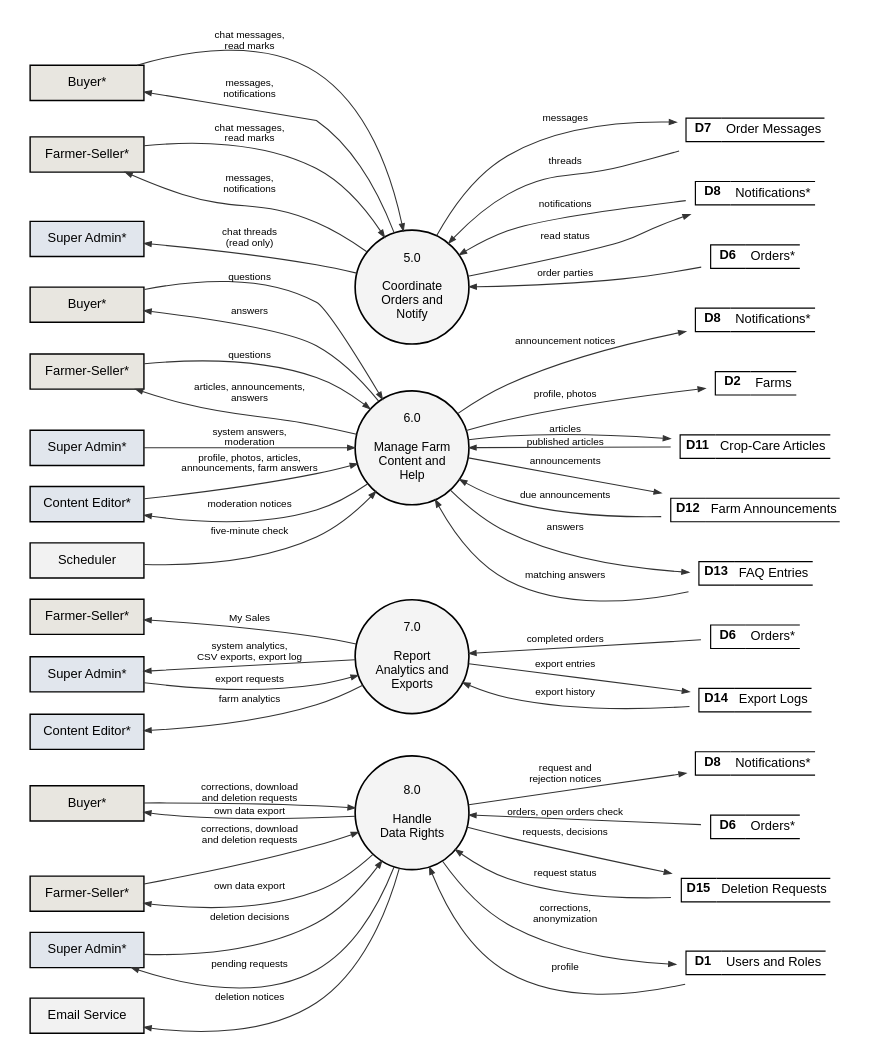
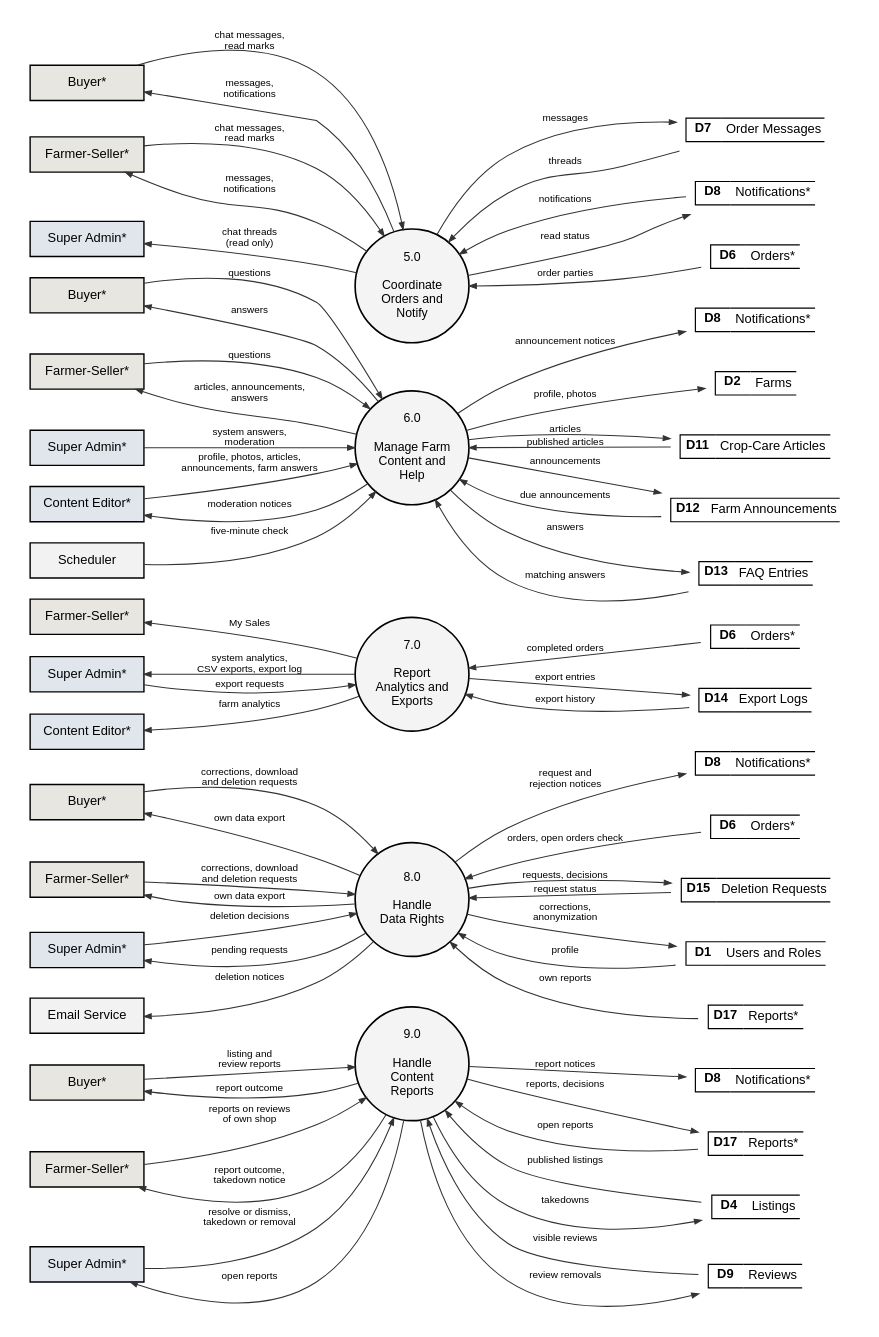
One commit to shawncastaneda11-commits/anihow-backend changed the diagram in docs/manuscript/figures/src/fig6_1b_dfd_level1.dot. Above: the diagram before and after it, drawn with Graphviz. The commit also changed 17 other files, not shown here.

First line of the commit message:
docs: add content reports to the DFDs, use case and context diagrams

```diff
--- a/docs/manuscript/figures/src/fig6_1b_dfd_level1.dot
+++ b/docs/manuscript/figures/src/fig6_1b_dfd_level1.dot
@@ -1,91 +1,115 @@
-// Data flow diagram, level 1 (processes 5.0 to 8.0).
+// Data flow diagram, level 1 (processes 5.0 to 9.0).
 digraph G {
   graph [rankdir=LR, nodesep=0.25, ranksep=0.9, pad=0.25, fontname="Liberation Sans", newrank=true];
   node  [fontname="Liberation Sans", fontsize=11];
   edge  [penwidth=0.9, arrowsize=0.6, color="#333333", fontname="Liberation Sans", fontsize=8.5];
   p5 [shape=circle, style=filled, fillcolor="#F4F4F4", penwidth=1.4, fixedsize=true, width=1.35, fontsize=10.5, label="5.0\n\nCoordinate\nOrders and\nNotify"];
   by_p5 [shape=box, style=filled, fillcolor="#E8E6E0", penwidth=1.2, width=1.35, height=0.42, label="Buyer*"];
   fs_p5 [shape=box, style=filled, fillcolor="#E8E6E0", penwidth=1.2, width=1.35, height=0.42, label="Farmer-Seller*"];
   sa_p5 [shape=box, style=filled, fillcolor="#E1E6ED", penwidth=1.2, width=1.35, height=0.42, label="Super Admin*"];
   D7_p5 [shape=plaintext, label=<<TABLE BORDER="0" CELLBORDER="1" CELLSPACING="0" CELLPADDING="3"><TR><TD SIDES="TBL" WIDTH="30"><B>D7</B></TD><TD SIDES="TB" ALIGN="LEFT">Order Messages</TD></TR></TABLE>>];
   D8_p5 [shape=plaintext, label=<<TABLE BORDER="0" CELLBORDER="1" CELLSPACING="0" CELLPADDING="3"><TR><TD SIDES="TBL" WIDTH="30"><B>D8</B></TD><TD SIDES="TB" ALIGN="LEFT">Notifications*</TD></TR></TABLE>>];
   D6_p5 [shape=plaintext, label=<<TABLE BORDER="0" CELLBORDER="1" CELLSPACING="0" CELLPADDING="3"><TR><TD SIDES="TBL" WIDTH="30"><B>D6</B></TD><TD SIDES="TB" ALIGN="LEFT">Orders*</TD></TR></TABLE>>];
   p6 [shape=circle, style=filled, fillcolor="#F4F4F4", penwidth=1.4, fixedsize=true, width=1.35, fontsize=10.5, label="6.0\n\nManage Farm\nContent and\nHelp"];
   by_p6 [shape=box, style=filled, fillcolor="#E8E6E0", penwidth=1.2, width=1.35, height=0.42, label="Buyer*"];
   fs_p6 [shape=box, style=filled, fillcolor="#E8E6E0", penwidth=1.2, width=1.35, height=0.42, label="Farmer-Seller*"];
   sa_p6 [shape=box, style=filled, fillcolor="#E1E6ED", penwidth=1.2, width=1.35, height=0.42, label="Super Admin*"];
   D8_p6 [shape=plaintext, label=<<TABLE BORDER="0" CELLBORDER="1" CELLSPACING="0" CELLPADDING="3"><TR><TD SIDES="TBL" WIDTH="30"><B>D8</B></TD><TD SIDES="TB" ALIGN="LEFT">Notifications*</TD></TR></TABLE>>];
   ce_p6 [shape=box, style=filled, fillcolor="#E1E6ED", penwidth=1.2, width=1.35, height=0.42, label="Content Editor*"];
   sch_p6 [shape=box, style=filled, fillcolor="#F2F2F2", penwidth=1.2, width=1.35, height=0.42, label="Scheduler"];
   D2_p6 [shape=plaintext, label=<<TABLE BORDER="0" CELLBORDER="1" CELLSPACING="0" CELLPADDING="3"><TR><TD SIDES="TBL" WIDTH="30"><B>D2</B></TD><TD SIDES="TB" ALIGN="LEFT">Farms</TD></TR></TABLE>>];
   D11_p6 [shape=plaintext, label=<<TABLE BORDER="0" CELLBORDER="1" CELLSPACING="0" CELLPADDING="3"><TR><TD SIDES="TBL" WIDTH="30"><B>D11</B></TD><TD SIDES="TB" ALIGN="LEFT">Crop-Care Articles</TD></TR></TABLE>>];
   D12_p6 [shape=plaintext, label=<<TABLE BORDER="0" CELLBORDER="1" CELLSPACING="0" CELLPADDING="3"><TR><TD SIDES="TBL" WIDTH="30"><B>D12</B></TD><TD SIDES="TB" ALIGN="LEFT">Farm Announcements</TD></TR></TABLE>>];
   D13_p6 [shape=plaintext, label=<<TABLE BORDER="0" CELLBORDER="1" CELLSPACING="0" CELLPADDING="3"><TR><TD SIDES="TBL" WIDTH="30"><B>D13</B></TD><TD SIDES="TB" ALIGN="LEFT">FAQ Entries</TD></TR></TABLE>>];
   p7 [shape=circle, style=filled, fillcolor="#F4F4F4", penwidth=1.4, fixedsize=true, width=1.35, fontsize=10.5, label="7.0\n\nReport\nAnalytics and\nExports"];
   fs_p7 [shape=box, style=filled, fillcolor="#E8E6E0", penwidth=1.2, width=1.35, height=0.42, label="Farmer-Seller*"];
   sa_p7 [shape=box, style=filled, fillcolor="#E1E6ED", penwidth=1.2, width=1.35, height=0.42, label="Super Admin*"];
   D6_p7 [shape=plaintext, label=<<TABLE BORDER="0" CELLBORDER="1" CELLSPACING="0" CELLPADDING="3"><TR><TD SIDES="TBL" WIDTH="30"><B>D6</B></TD><TD SIDES="TB" ALIGN="LEFT">Orders*</TD></TR></TABLE>>];
   ce_p7 [shape=box, style=filled, fillcolor="#E1E6ED", penwidth=1.2, width=1.35, height=0.42, label="Content Editor*"];
   D14_p7 [shape=plaintext, label=<<TABLE BORDER="0" CELLBORDER="1" CELLSPACING="0" CELLPADDING="3"><TR><TD SIDES="TBL" WIDTH="30"><B>D14</B></TD><TD SIDES="TB" ALIGN="LEFT">Export Logs</TD></TR></TABLE>>];
   p8 [shape=circle, style=filled, fillcolor="#F4F4F4", penwidth=1.4, fixedsize=true, width=1.35, fontsize=10.5, label="8.0\n\nHandle\nData Rights"];
   by_p8 [shape=box, style=filled, fillcolor="#E8E6E0", penwidth=1.2, width=1.35, height=0.42, label="Buyer*"];
   fs_p8 [shape=box, style=filled, fillcolor="#E8E6E0", penwidth=1.2, width=1.35, height=0.42, label="Farmer-Seller*"];
   sa_p8 [shape=box, style=filled, fillcolor="#E1E6ED", penwidth=1.2, width=1.35, height=0.42, label="Super Admin*"];
   D8_p8 [shape=plaintext, label=<<TABLE BORDER="0" CELLBORDER="1" CELLSPACING="0" CELLPADDING="3"><TR><TD SIDES="TBL" WIDTH="30"><B>D8</B></TD><TD SIDES="TB" ALIGN="LEFT">Notifications*</TD></TR></TABLE>>];
   D6_p8 [shape=plaintext, label=<<TABLE BORDER="0" CELLBORDER="1" CELLSPACING="0" CELLPADDING="3"><TR><TD SIDES="TBL" WIDTH="30"><B>D6</B></TD><TD SIDES="TB" ALIGN="LEFT">Orders*</TD></TR></TABLE>>];
   D15_p8 [shape=plaintext, label=<<TABLE BORDER="0" CELLBORDER="1" CELLSPACING="0" CELLPADDING="3"><TR><TD SIDES="TBL" WIDTH="30"><B>D15</B></TD><TD SIDES="TB" ALIGN="LEFT">Deletion Requests</TD></TR></TABLE>>];
   D1_p8 [shape=plaintext, label=<<TABLE BORDER="0" CELLBORDER="1" CELLSPACING="0" CELLPADDING="3"><TR><TD SIDES="TBL" WIDTH="30"><B>D1</B></TD><TD SIDES="TB" ALIGN="LEFT">Users and Roles</TD></TR></TABLE>>];
+  D17_p8 [shape=plaintext, label=<<TABLE BORDER="0" CELLBORDER="1" CELLSPACING="0" CELLPADDING="3"><TR><TD SIDES="TBL" WIDTH="30"><B>D17</B></TD><TD SIDES="TB" ALIGN="LEFT">Reports*</TD></TR></TABLE>>];
   em_p8 [shape=box, style=filled, fillcolor="#F2F2F2", penwidth=1.2, width=1.35, height=0.42, label="Email Service"];
+  p9 [shape=circle, style=filled, fillcolor="#F4F4F4", penwidth=1.4, fixedsize=true, width=1.35, fontsize=10.5, label="9.0\n\nHandle\nContent\nReports"];
+  by_p9 [shape=box, style=filled, fillcolor="#E8E6E0", penwidth=1.2, width=1.35, height=0.42, label="Buyer*"];
+  fs_p9 [shape=box, style=filled, fillcolor="#E8E6E0", penwidth=1.2, width=1.35, height=0.42, label="Farmer-Seller*"];
+  sa_p9 [shape=box, style=filled, fillcolor="#E1E6ED", penwidth=1.2, width=1.35, height=0.42, label="Super Admin*"];
+  D8_p9 [shape=plaintext, label=<<TABLE BORDER="0" CELLBORDER="1" CELLSPACING="0" CELLPADDING="3"><TR><TD SIDES="TBL" WIDTH="30"><B>D8</B></TD><TD SIDES="TB" ALIGN="LEFT">Notifications*</TD></TR></TABLE>>];
+  D17_p9 [shape=plaintext, label=<<TABLE BORDER="0" CELLBORDER="1" CELLSPACING="0" CELLPADDING="3"><TR><TD SIDES="TBL" WIDTH="30"><B>D17</B></TD><TD SIDES="TB" ALIGN="LEFT">Reports*</TD></TR></TABLE>>];
+  D4_p9 [shape=plaintext, label=<<TABLE BORDER="0" CELLBORDER="1" CELLSPACING="0" CELLPADDING="3"><TR><TD SIDES="TBL" WIDTH="30"><B>D4</B></TD><TD SIDES="TB" ALIGN="LEFT">Listings</TD></TR></TABLE>>];
+  D9_p9 [shape=plaintext, label=<<TABLE BORDER="0" CELLBORDER="1" CELLSPACING="0" CELLPADDING="3"><TR><TD SIDES="TBL" WIDTH="30"><B>D9</B></TD><TD SIDES="TB" ALIGN="LEFT">Reviews</TD></TR></TABLE>>];
   by_p5 -> p5 [label="chat messages,\nread marks"];
   fs_p5 -> p5 [label="chat messages,\nread marks"];
   by_p5 -> p5 [label="messages,\nnotifications", dir=back];
   fs_p5 -> p5 [label="messages,\nnotifications", dir=back];
   sa_p5 -> p5 [label="chat threads\n(read only)", dir=back];
   p5 -> D7_p5 [label="messages"];
   p5 -> D7_p5 [label="threads", dir=back];
   p5 -> D8_p5 [label="notifications", dir=back];
   p5 -> D8_p5 [label="read status"];
   p5 -> D6_p5 [label="order parties", dir=back];
   ce_p6 -> p6 [label="profile, photos, articles,\nannouncements, farm answers"];
   sa_p6 -> p6 [label="system answers,\nmoderation"];
   fs_p6 -> p6 [label="questions"];
   by_p6 -> p6 [label="questions"];
   fs_p6 -> p6 [label="articles, announcements,\nanswers", dir=back];
   by_p6 -> p6 [label="answers", dir=back];
   ce_p6 -> p6 [label="moderation notices", dir=back];
   sch_p6 -> p6 [label="five-minute check"];
   p6 -> D2_p6 [label="profile, photos"];
   p6 -> D11_p6 [label="articles"];
   p6 -> D11_p6 [label="published articles", dir=back];
   p6 -> D12_p6 [label="announcements"];
   p6 -> D12_p6 [label="due announcements", dir=back];
   p6 -> D13_p6 [label="answers"];
   p6 -> D13_p6 [label="matching answers", dir=back];
   p6 -> D8_p6 [label="announcement notices"];
   p7 -> D6_p7 [label="completed orders", dir=back];
   sa_p7 -> p7 [label="system analytics,\nCSV exports, export log", dir=back];
   ce_p7 -> p7 [label="farm analytics", dir=back];
   fs_p7 -> p7 [label="My Sales", dir=back];
   sa_p7 -> p7 [label="export requests"];
   p7 -> D14_p7 [label="export entries"];
   p7 -> D14_p7 [label="export history", dir=back];
   by_p8 -> p8 [label="corrections, download\nand deletion requests"];
   fs_p8 -> p8 [label="corrections, download\nand deletion requests"];
   sa_p8 -> p8 [label="deletion decisions"];
   sa_p8 -> p8 [label="pending requests", dir=back];
   by_p8 -> p8 [label="own data export", dir=back];
   fs_p8 -> p8 [label="own data export", dir=back];
   p8 -> D15_p8 [label="requests, decisions"];
   p8 -> D15_p8 [label="request status", dir=back];
   p8 -> D1_p8 [label="corrections,\nanonymization"];
   p8 -> D1_p8 [label="profile", dir=back];
   p8 -> D6_p8 [label="orders, open orders check", dir=back];
+  p8 -> D17_p8 [label="own reports", dir=back];
   p8 -> D8_p8 [label="request and\nrejection notices"];
   em_p8 -> p8 [label="deletion notices", dir=back];
-  {rank=same; by_p5; fs_p5; sa_p5; ce_p6; sa_p6; fs_p6; by_p6; sch_p6; sa_p7; ce_p7; fs_p7; by_p8; fs_p8; sa_p8; em_p8}
-  {rank=same; D7_p5; D8_p5; D6_p5; D2_p6; D11_p6; D12_p6; D13_p6; D8_p6; D6_p7; D14_p7; D15_p8; D1_p8; D6_p8; D8_p8}
-  {rank=same; p5; p6; p7; p8}
+  by_p9 -> p9 [label="listing and\nreview reports"];
+  fs_p9 -> p9 [label="reports on reviews\nof own shop"];
+  sa_p9 -> p9 [label="resolve or dismiss,\ntakedown or removal"];
+  sa_p9 -> p9 [label="open reports", dir=back];
+  by_p9 -> p9 [label="report outcome", dir=back];
+  fs_p9 -> p9 [label="report outcome,\ntakedown notice", dir=back];
+  p9 -> D4_p9 [label="published listings", dir=back];
+  p9 -> D9_p9 [label="visible reviews", dir=back];
+  p9 -> D17_p9 [label="reports, decisions"];
+  p9 -> D17_p9 [label="open reports", dir=back];
+  p9 -> D4_p9 [label="takedowns"];
+  p9 -> D9_p9 [label="review removals"];
+  p9 -> D8_p9 [label="report notices"];
+  {rank=same; by_p5; fs_p5; sa_p5; ce_p6; sa_p6; fs_p6; by_p6; sch_p6; sa_p7; ce_p7; fs_p7; by_p8; fs_p8; sa_p8; em_p8; by_p9; fs_p9; sa_p9}
+  {rank=same; D7_p5; D8_p5; D6_p5; D2_p6; D11_p6; D12_p6; D13_p6; D8_p6; D6_p7; D14_p7; D15_p8; D1_p8; D6_p8; D17_p8; D8_p8; D4_p9; D9_p9; D17_p9; D8_p9}
+  {rank=same; p5; p6; p7; p8; p9}
   p5 -> p6 [style=invis, weight=10];
   p6 -> p7 [style=invis, weight=10];
   p7 -> p8 [style=invis, weight=10];
+  p8 -> p9 [style=invis, weight=10];
 }
```
